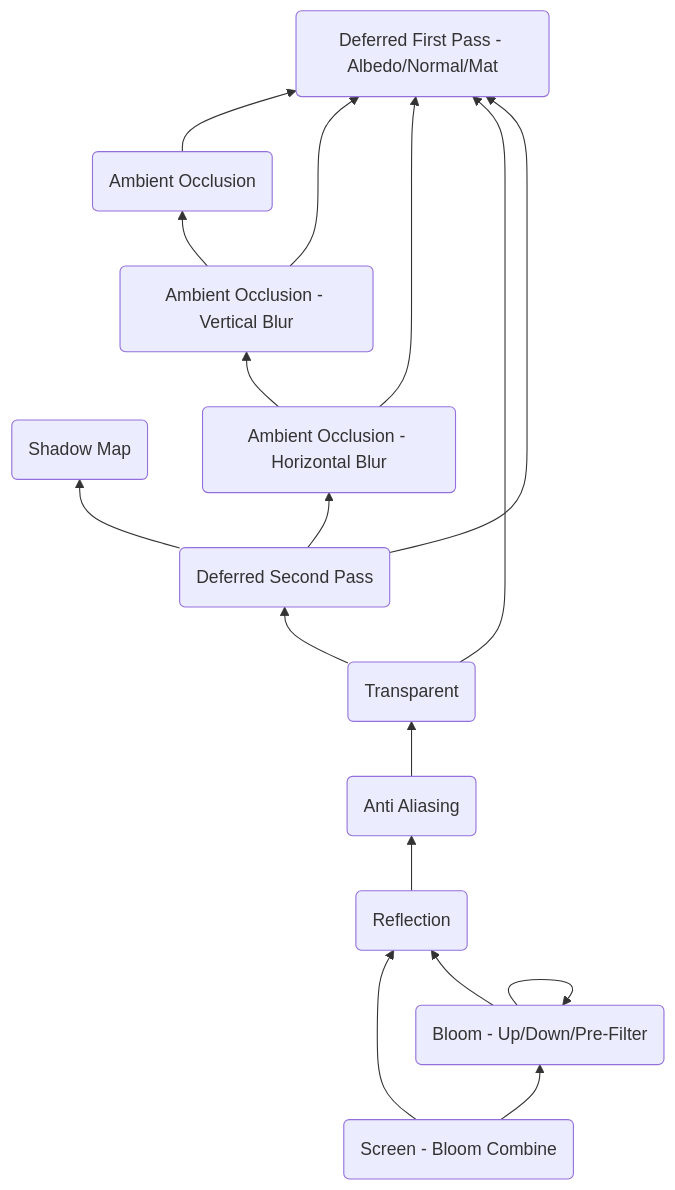
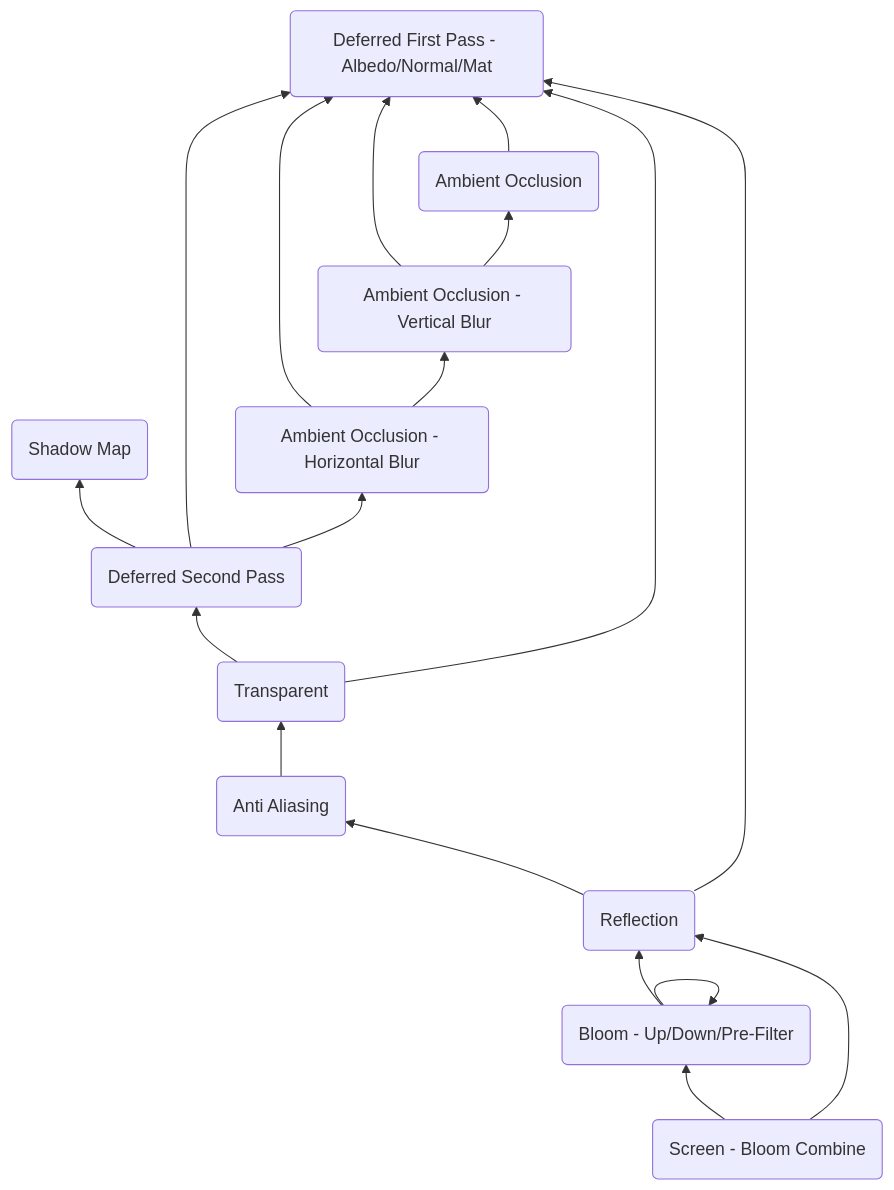
The diagram in 3dEngine/docs/DependencyGraph.md (petitg1987/urchinEngine), drawn with Mermaid before and after one commit. The commit also changed 5 other files, not shown here.

````diff
--- a/3dEngine/docs/DependencyGraph.md
+++ b/3dEngine/docs/DependencyGraph.md
@@ -3,19 +3,20 @@
 ```mermaid
 graph BT
     Screen(Screen - Bloom Combine) --> Bloom(Bloom - Up/Down/Pre-Filter)
     Bloom --> Bloom
     Bloom --> Reflection(Reflection)
     Reflection --> AntiAliasing(Anti Aliasing)
+    Reflection --> DeferredFirstPass(Deferred First Pass - Albedo/Normal/Mat)
     Screen --> Reflection
     AntiAliasing --> Transparent(Transparent)
-    Transparent --> DefFSecondPass(Deferred Second Pass)
-    DefFSecondPass --> ShadowMap(Shadow Map)
-    DefFSecondPass --> DefFirstPass(Deferred First Pass - Albedo/Normal/Mat)
-    Transparent --> DefFirstPass
-    DefFSecondPass --> AmbientOcclusionHor(Ambient Occlusion - Horizontal Blur)
-    AmbientOcclusionHor --> DefFirstPass
+    Transparent --> DeferredSecondPass(Deferred Second Pass)
+    DeferredSecondPass --> ShadowMap(Shadow Map)
+    DeferredSecondPass --> DeferredFirstPass
+    Transparent --> DeferredFirstPass
+    DeferredSecondPass --> AmbientOcclusionHor(Ambient Occlusion - Horizontal Blur)
+    AmbientOcclusionHor --> DeferredFirstPass
     AmbientOcclusionHor --> AmbientOcclusionVert(Ambient Occlusion - Vertical Blur)
-    AmbientOcclusionVert --> DefFirstPass
+    AmbientOcclusionVert --> DeferredFirstPass
     AmbientOcclusionVert --> AmbientOcclusion(Ambient Occlusion)
-    AmbientOcclusion --> DefFirstPass
+    AmbientOcclusion --> DeferredFirstPass
 ```
````
